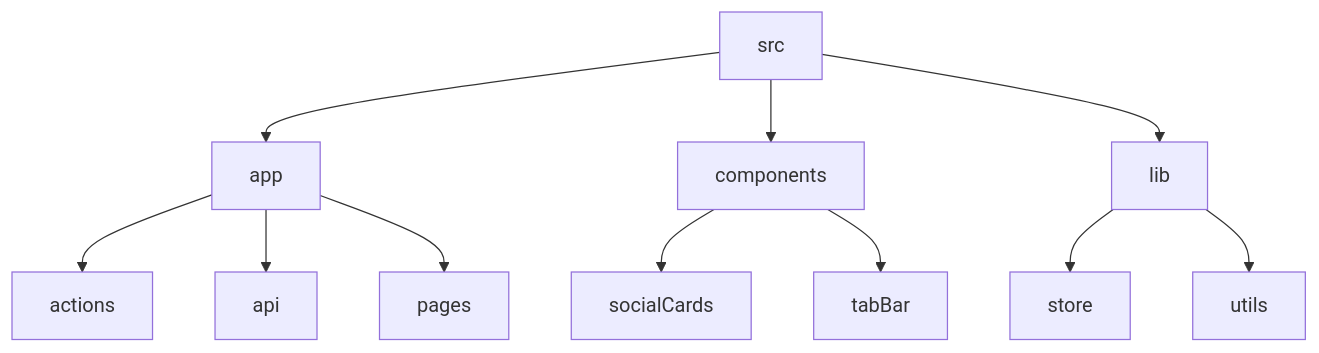
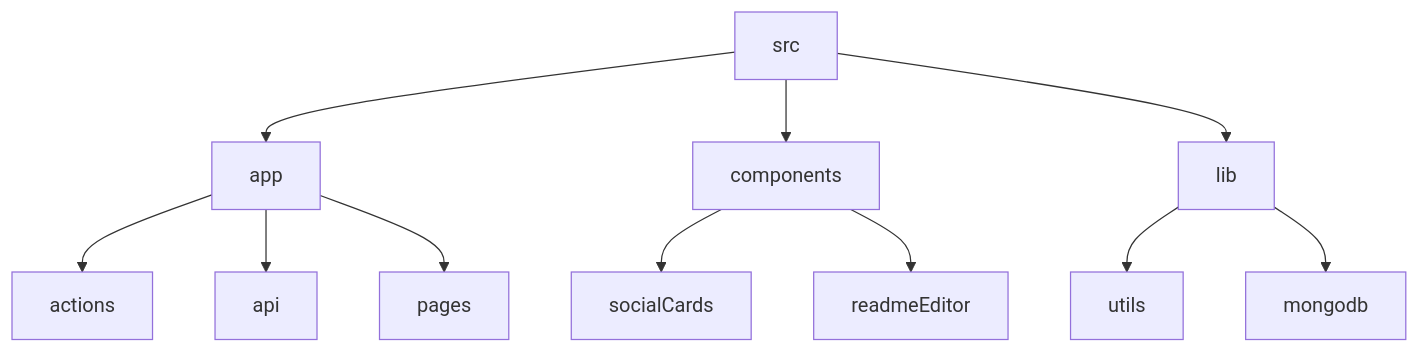
Before and after one commit to abhraneeldhar7/gitfull: the diagram in README.md, drawn with Mermaid. The commit also changed other lines of this file, not shown here.

````diff
--- a/README.md
+++ b/README.md
@@ -29,13 +32,13 @@
 ```mermaid
 graph TD;
   src-->app;
   src-->components;
   src-->lib;
   app-->actions;
   app-->api;
   app-->pages;
   components-->socialCards;
-  components-->tabBar;
-  lib-->store;
+  components-->readmeEditor;
   lib-->utils;
+  lib-->mongodb;
 ```
````
